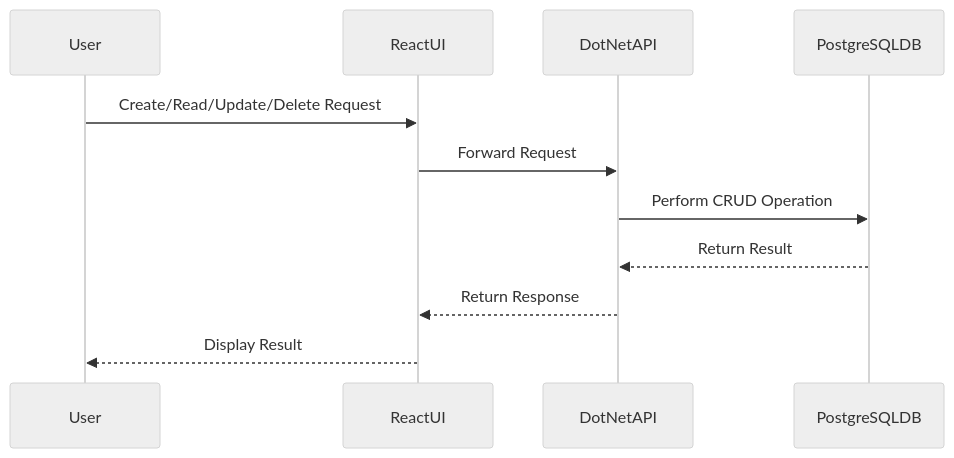
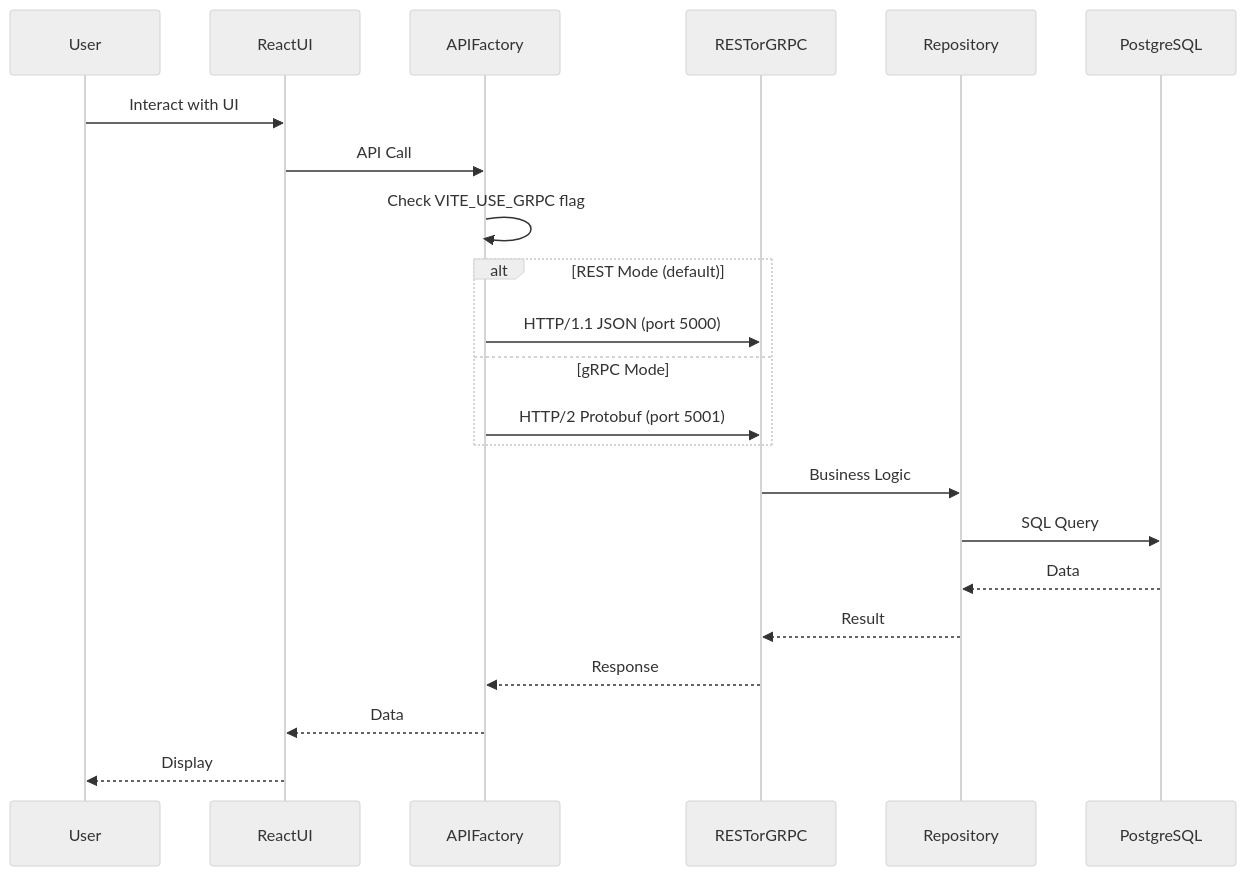
Before and after one commit to ThomasGooch/agent-os-brownfield: the second of 2 diagrams in README.md, drawn with Mermaid (neutral theme). The commit also changed other lines of this file and 59 other files, not shown here.

First line of the commit message:
feat: Implement REST to gRPC migration for expense management

````diff
--- a/README.md
+++ b/README.md
@@ -12,14 +30,25 @@
 ```mermaid
 sequenceDiagram
     participant User
     participant ReactUI
-    participant DotNetAPI
-    participant PostgreSQLDB
+    participant APIFactory
+    participant RESTorGRPC
+    participant Repository
+    participant PostgreSQL
 
-    User->>ReactUI: Create/Read/Update/Delete Request
-    ReactUI->>DotNetAPI: Forward Request
-    DotNetAPI->>PostgreSQLDB: Perform CRUD Operation
-    PostgreSQLDB-->>DotNetAPI: Return Result
-    DotNetAPI-->>ReactUI: Return Response
-    ReactUI-->>User: Display Result
+    User->>ReactUI: Interact with UI
+    ReactUI->>APIFactory: API Call
+    APIFactory->>APIFactory: Check VITE_USE_GRPC flag
+    alt REST Mode (default)
+        APIFactory->>RESTorGRPC: HTTP/1.1 JSON (port 5000)
+    else gRPC Mode
+        APIFactory->>RESTorGRPC: HTTP/2 Protobuf (port 5001)
+    end
+    RESTorGRPC->>Repository: Business Logic
+    Repository->>PostgreSQL: SQL Query
+    PostgreSQL-->>Repository: Data
+    Repository-->>RESTorGRPC: Result
+    RESTorGRPC-->>APIFactory: Response
+    APIFactory-->>ReactUI: Data
+    ReactUI-->>User: Display
 ```
````
